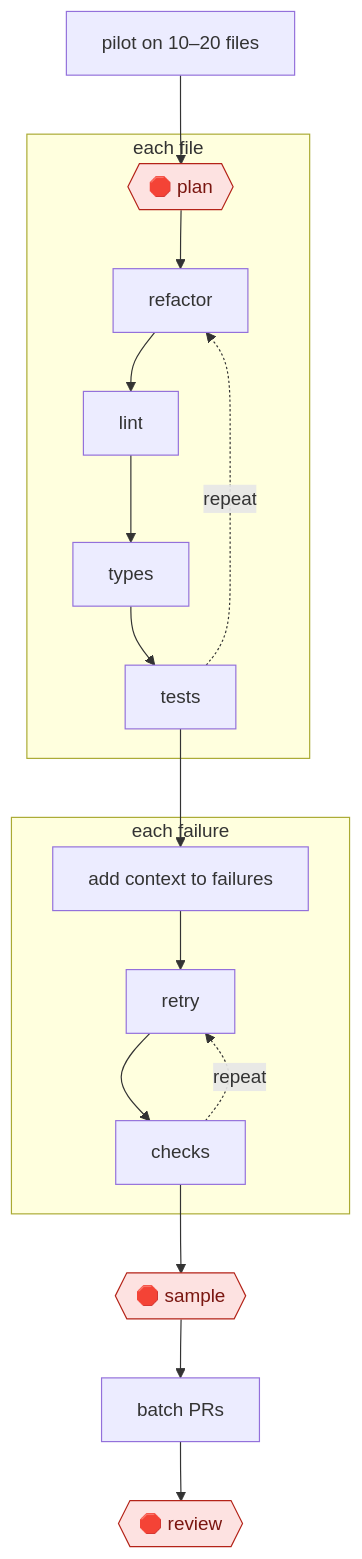
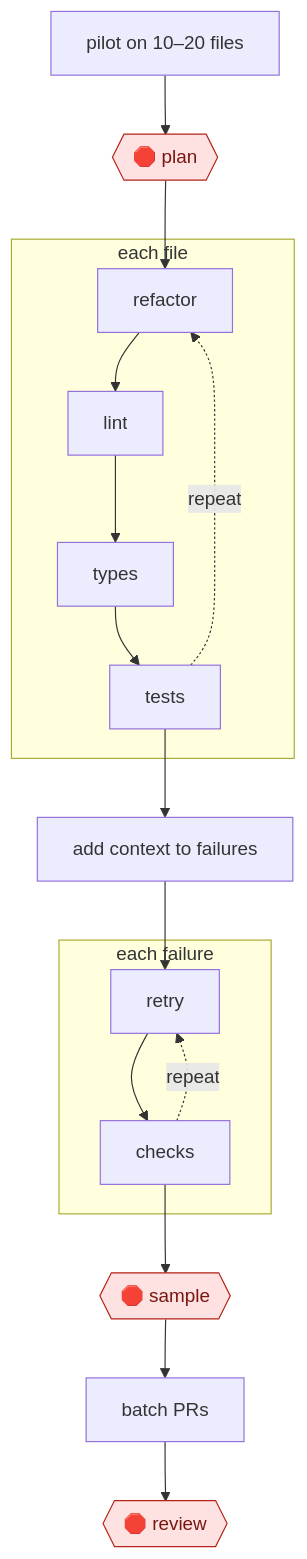
Before and after one commit to milesradford99/agent-workflow-atlas: the diagram in workflows/TEC/SWE/MAINT/fan-out-codemod/README.md, drawn with Mermaid. The commit also changed other lines of this file and 171 other files, not shown here.

````diff
--- a/workflows/TEC/SWE/MAINT/fan-out-codemod/README.md
+++ b/workflows/TEC/SWE/MAINT/fan-out-codemod/README.md
@@ -31,33 +32,33 @@
 ```mermaid
 flowchart TD
   n1["pilot on 10–20 files"]
   n2{{"🛑 plan"}}:::stop
-  n1 --> n2
   subgraph s3["each file"]
   n4["refactor"]
+  n5["lint"]
+  n6["types"]
+  n7["tests"]
+  end
+  n8["add context to failures"]
+  subgraph s9["each failure"]
+  n10["retry"]
+  n11["checks"]
+  end
+  n12{{"🛑 sample"}}:::stop
+  n13["batch PRs"]
+  n14{{"🛑 review"}}:::stop
+  n1 --> n2
   n2 --> n4
-  n5["lint"]
   n4 --> n5
-  n6["types"]
   n5 --> n6
-  n7["tests"]
   n6 --> n7
   n7 -.->|repeat| n4
-  end
-  n8["add context to failures"]
   n7 --> n8
-  subgraph s9["each failure"]
-  n10["retry"]
   n8 --> n10
-  n11["checks"]
   n10 --> n11
   n11 -.->|repeat| n10
-  end
-  n12{{"🛑 sample"}}:::stop
   n11 --> n12
-  n13["batch PRs"]
   n12 --> n13
-  n14{{"🛑 review"}}:::stop
   n13 --> n14
   classDef stop fill:#fde2e1,stroke:#b42318,color:#7a1610
 ```
````
